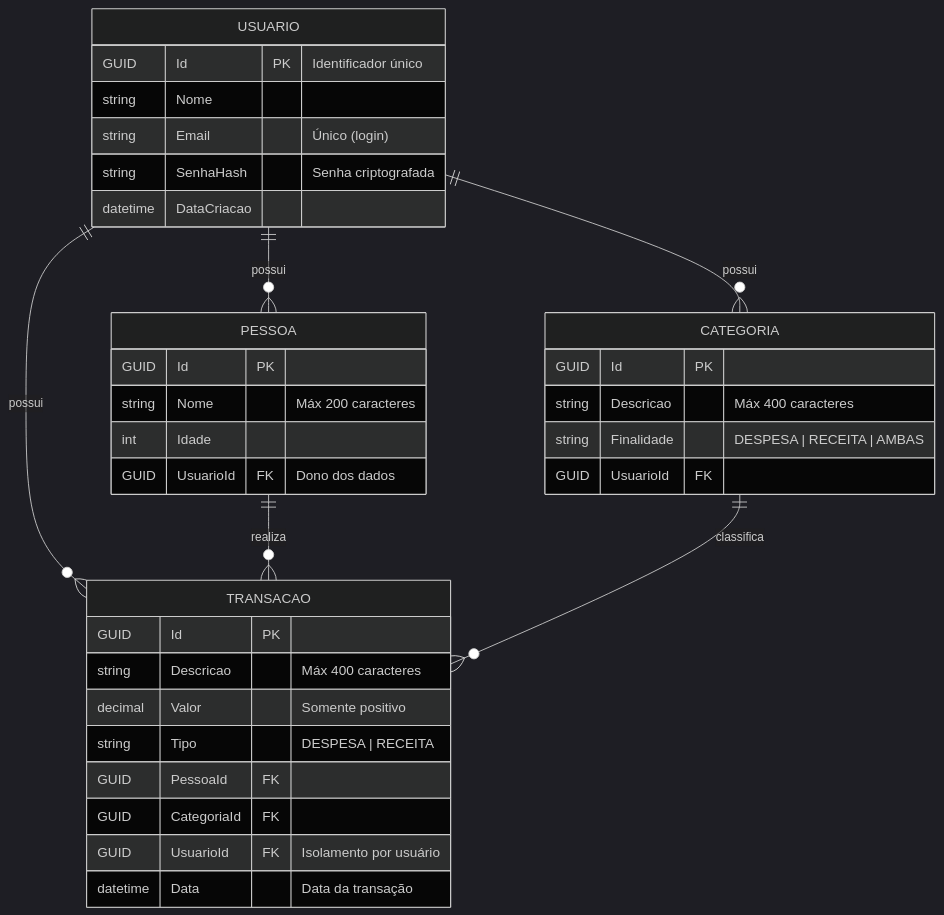
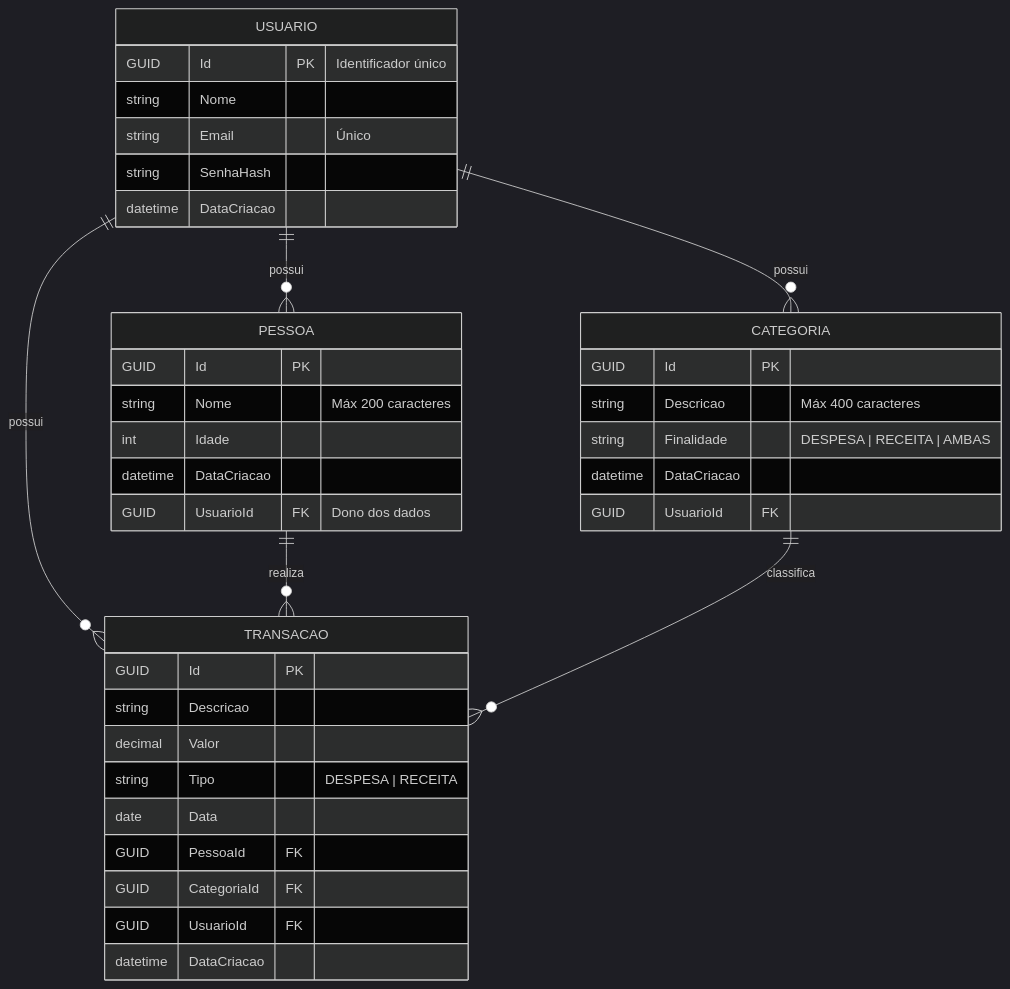
One commit to Daffc/Financial-Controller changed the diagram in README.md. Above: the diagram before and after it, drawn with Mermaid (dark theme). The commit also changed other lines of this file, not shown here.

Commit message:
Updating README.md  ER diagram.

````diff
--- a/README.md
+++ b/README.md
@@ -79,54 +78,41 @@
 ```mermaid
 erDiagram
 
-    %% =========================
-    %% ENTIDADE: USUARIO (TENANT)
-    %% =========================
     USUARIO {
         GUID Id PK "Identificador único"
         string Nome
-        string Email "Único (login)"
-        string SenhaHash "Senha criptografada"
+        string Email "Único"
+        string SenhaHash
         datetime DataCriacao
     }
 
-    %% =========================
-    %% ENTIDADE: PESSOA
-    %% =========================
     PESSOA {
         GUID Id PK
         string Nome "Máx 200 caracteres"
         int Idade
+        datetime DataCriacao
         GUID UsuarioId FK "Dono dos dados"
     }
 
-    %% =========================
-    %% ENTIDADE: CATEGORIA
-    %% =========================
     CATEGORIA {
         GUID Id PK
         string Descricao "Máx 400 caracteres"
         string Finalidade "DESPESA | RECEITA | AMBAS"
+        datetime DataCriacao
         GUID UsuarioId FK
     }
 
-    %% =========================
-    %% ENTIDADE: TRANSACAO
-    %% =========================
     TRANSACAO {
         GUID Id PK
-        string Descricao "Máx 400 caracteres"
-        decimal Valor "Somente positivo"
+        string Descricao
+        decimal Valor
         string Tipo "DESPESA | RECEITA"
+        date Data
         GUID PessoaId FK
         GUID CategoriaId FK
-        GUID UsuarioId FK "Isolamento por usuário"
-        datetime Data "Data da transação"
+        GUID UsuarioId FK
+        datetime DataCriacao
     }
-
-    %% =========================
-    %% RELACIONAMENTOS
-    %% =========================
 
     USUARIO ||--o{ PESSOA : "possui"
     USUARIO ||--o{ CATEGORIA : "possui"
@@ -134,38 +120,4 @@
 
     PESSOA ||--o{ TRANSACAO : "realiza"
     CATEGORIA ||--o{ TRANSACAO : "classifica"
-
-    %% =========================
-    %% REGRAS DE NEGÓCIO
-    %% =========================
-
-    %% 1. AUTENTICAÇÃO:
-    %% Usuário realiza login via Email + Senha
-    %% Sistema retorna JWT contendo UsuarioId
-
-    %% 2. ISOLAMENTO:
-    %% Toda query deve filtrar por UsuarioId (extraído do token)
-
-    %% 3. CONSISTÊNCIA:
-    %% TRANSACAO.UsuarioId == PESSOA.UsuarioId == CATEGORIA.UsuarioId
-
-    %% 4. EXCLUSÃO EM CASCATA:
-    %% Ao excluir PESSOA → remover TRANSACOES associadas
-
-    %% 5. MENOR DE IDADE:
-    %% Se PESSOA.Idade < 18:
-    %%    TRANSACAO.Tipo = DESPESA
-
-    %% 6. VALIDAÇÃO DE CATEGORIA:
-    %% DESPESA → categoria (DESPESA ou AMBAS)
-    %% RECEITA → categoria (RECEITA ou AMBAS)
-
-    %% 7. VALOR:
-    %% TRANSACAO.Valor > 0
-
-    %% =========================
-    %% CONSULTAS
-    %% =========================
-
-    %% Sempre filtradas por UsuarioId
 ```
````
